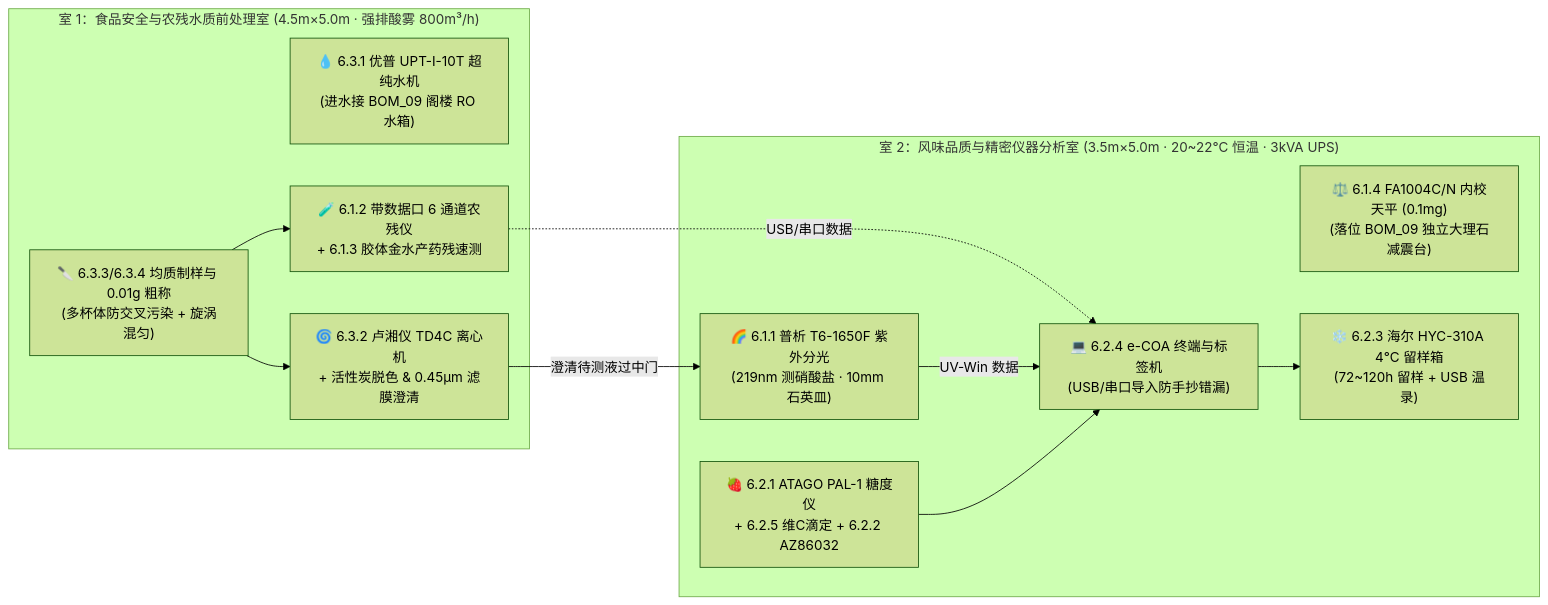
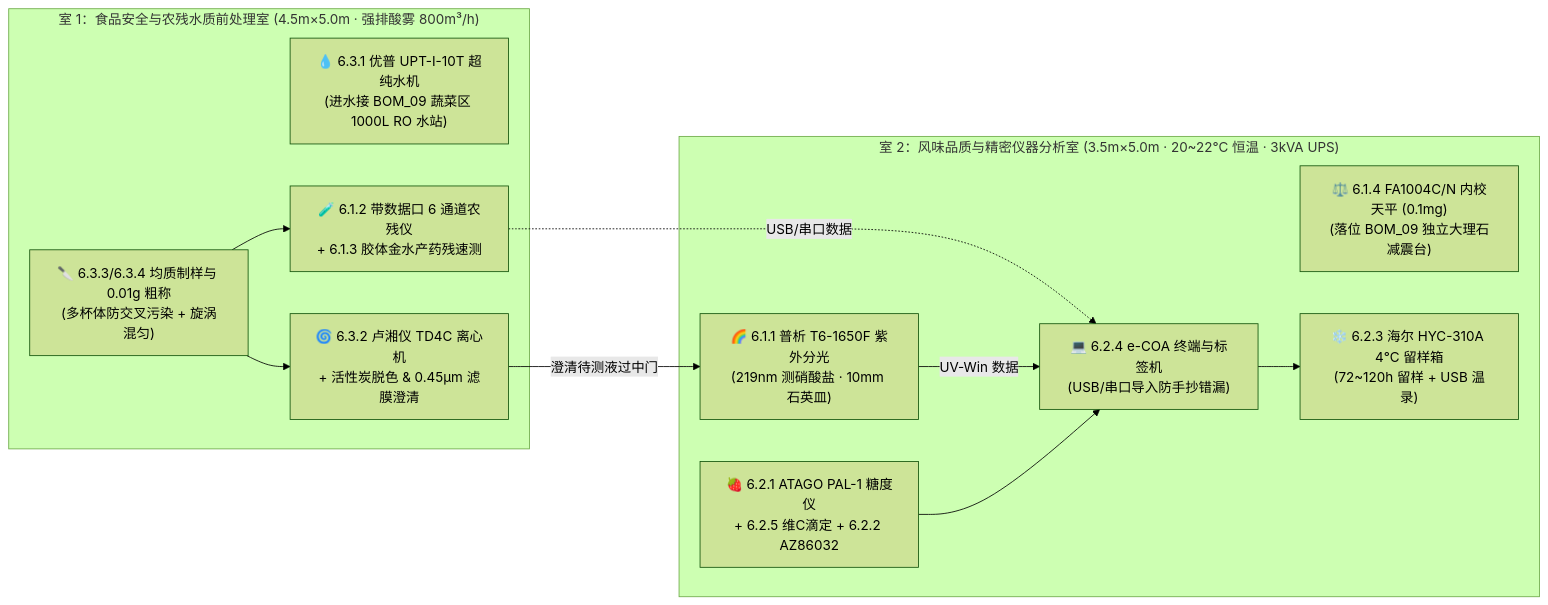
Before and after one commit to digitalboy/aquaponics: the diagram in docs/02_requirements_and_plans/02_procurement_and_boms/boms/BOM_06_检验室分析仪器与理化试剂设备清单.md, drawn with Mermaid (forest theme). The commit also changed other lines of this file and 9 other files, not shown here.

````diff
--- a/docs/02_requirements_and_plans/02_procurement_and_boms/boms/BOM_06_检验室分析仪器与理化试剂设备清单.md
+++ b/docs/02_requirements_and_plans/02_procurement_and_boms/boms/BOM_06_检验室分析仪器与理化试剂设备清单.md
@@ -41,25 +41,25 @@
 ```mermaid
 flowchart LR
     subgraph Room1 ["室 1：食品安全与农残水质前处理室 (4.5m×5.0m · 强排酸雾 800m³/h)"]
         R1_Prep["🔪 6.3.3/6.3.4 均质制样与 0.01g 粗称<br>(多杯体防交叉污染 + 旋涡混匀)"]
-        R1_Water["💧 6.3.1 优普 UPT-I-10T 超纯水机<br>(进水接 BOM_09 阁楼 RO 水箱)"]
+        R1_Water["💧 6.3.1 优普 UPT-I-10T 超纯水机<br>(进水接 BOM_09 蔬菜区 1000L RO 水站)"]
         R1_Pest["🧪 6.1.2 带数据口 6 通道农残仪<br>+ 6.1.3 胶体金水产药残速测"]
         R1_Cent["🌀 6.3.2 卢湘仪 TD4C 离心机<br>+ 活性炭脱色 & 0.45μm 滤膜澄清"]
         R1_Prep --> R1_Pest
         R1_Prep --> R1_Cent
     end
 
     subgraph Room2 ["室 2：风味品质与精密仪器分析室 (3.5m×5.0m · 20~22℃ 恒温 · 3kVA UPS)"]
         R2_Bal["⚖️ 6.1.4 FA1004C/N 内校天平 (0.1mg)<br>(落位 BOM_09 独立大理石减震台)"]
         R2_UV["🌈 6.1.1 普析 T6-1650F 紫外分光<br>(219nm 测硝酸盐 · 10mm 石英皿)"]
         R2_Flavor["🍓 6.2.1 ATAGO PAL-1 糖度仪<br>+ 6.2.5 维C滴定 + 6.2.2 AZ86032"]
         R2_Fridge["❄️ 6.2.3 海尔 HYC-310A 4℃ 留样箱<br>(72~120h 留样 + USB 温录)"]
         R2_PC["💻 6.2.4 e-COA 终端与标签机<br>(USB/串口导入防手抄错漏)"]
     end
 
     R1_Cent -->|澄清待测液过中门| R2_UV
     R1_Pest -.->|USB/串口数据| R2_PC
     R2_UV -->|UV-Win 数据| R2_PC
     R2_Flavor --> R2_PC
     R2_PC --> R2_Fridge
 ```
````
